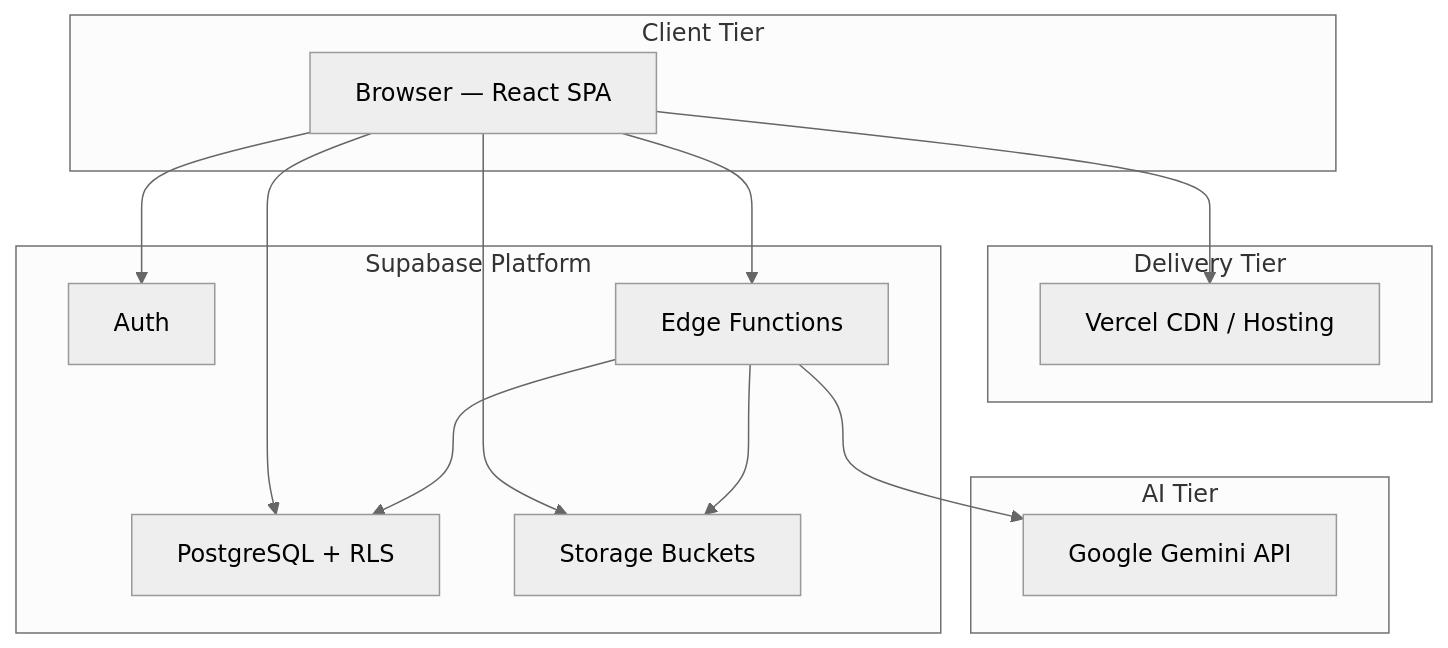
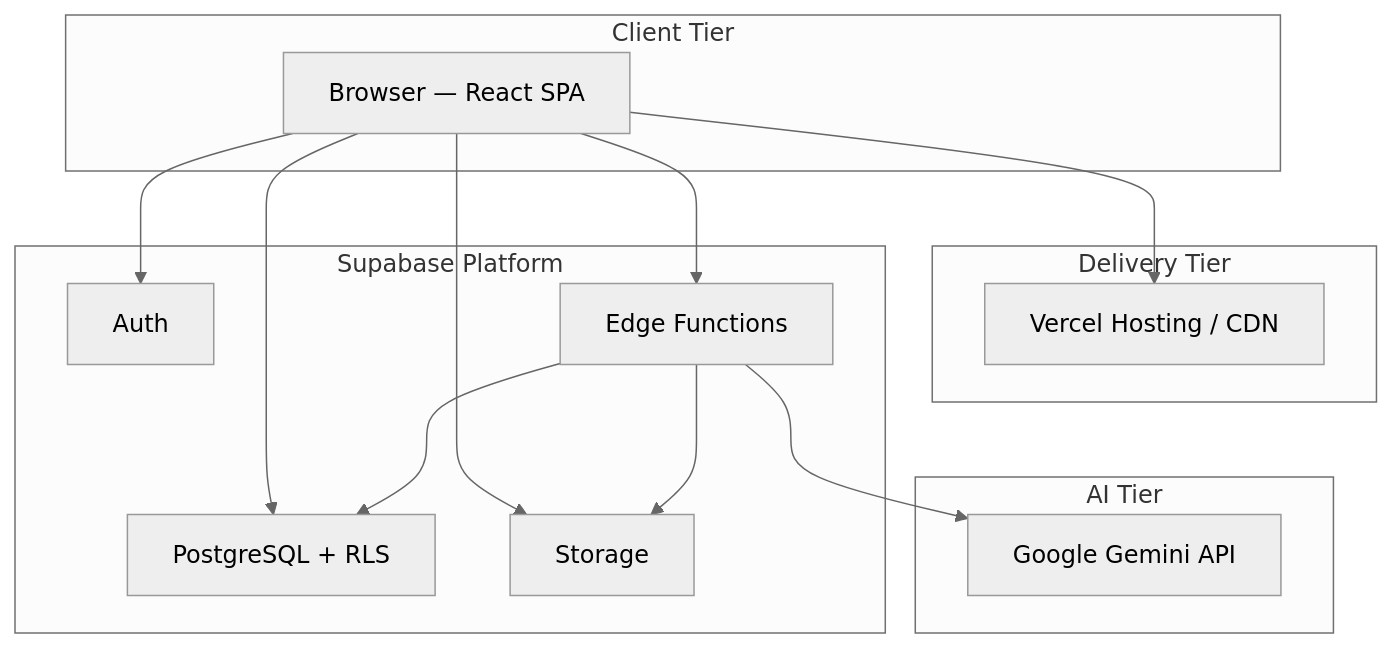
The seventh of 12 diagrams in docs/01-requirements/01-Project-Architecture.md (VishnuVardhan-CH-2022/resume-rank-ai-dev), drawn with Mermaid (neutral theme) before and after one commit. The commit also changed other lines of this file and 1 other file, not shown here.

First line of the commit message:
Rewrite Project Architecture Document 01 (RR-ARCH-001 v2)

````diff
--- a/docs/01-requirements/01-Project-Architecture.md
+++ b/docs/01-requirements/01-Project-Architecture.md
@@ -280,30 +523,27 @@
 ```mermaid
 flowchart TB
-  subgraph Client["Client Tier"]
+  subgraph ClientTier["Client Tier"]
     Browser["Browser — React SPA"]
   end
-
-  subgraph Edge["Delivery Tier"]
-    Vercel["Vercel CDN / Hosting"]
+  subgraph DeliveryTier["Delivery Tier"]
+    Vercel["Vercel Hosting / CDN"]
   end
-
-  subgraph Platform["Supabase Platform"]
+  subgraph SupabaseTier["Supabase Platform"]
     Auth["Auth"]
     PG["PostgreSQL + RLS"]
-    Storage["Storage Buckets"]
+    Storage["Storage"]
     FN["Edge Functions"]
   end
-
-  subgraph AI["AI Tier"]
+  subgraph AITier["AI Tier"]
     Gemini["Google Gemini API"]
   end
 
   Browser --> Vercel
   Browser --> Auth
   Browser --> PG
   Browser --> Storage
   Browser --> FN
   FN --> Gemini
   FN --> PG
   FN --> Storage
 ```
````
